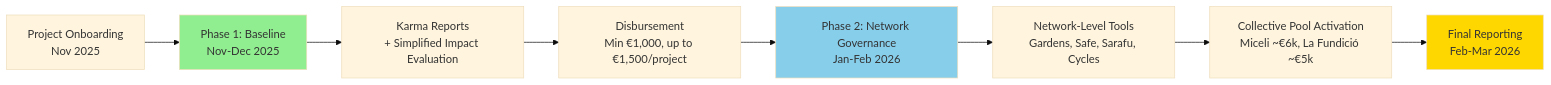
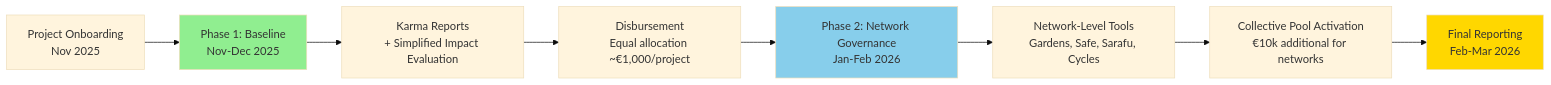
The second of 3 diagrams in content/program/timeline.md (refibcn/Regenerant-Catalunya), drawn with Mermaid (base theme) before and after one commit. The commit also changed other lines of this file and 9 other files, not shown here.

````diff
--- a/content/program/timeline.md
+++ b/content/program/timeline.md
@@ -253,14 +262,14 @@
 ```mermaid
 graph LR
     A[Project Onboarding<br/>Nov 2025] --> B[Phase 1: Baseline<br/>Nov-Dec 2025]
     B --> C[Karma Reports<br/>+ Simplified Impact Evaluation]
-    C --> D[Disbursement<br/>Min €1,000, up to €1,500/project]
+    C --> D[Disbursement<br/>Equal allocation ~€1,000/project]
     D --> E[Phase 2: Network Governance<br/>Jan-Feb 2026]
     E --> F[Network-Level Tools<br/>Gardens, Safe, Sarafu, Cycles]
-    F --> G[Collective Pool Activation<br/>Miceli ~€6k, La Fundició ~€5k]
+    F --> G[Collective Pool Activation<br/>€10k additional for networks]
     G --> H[Final Reporting<br/>Feb-Mar 2026]
 
     style B fill:#90EE90
     style E fill:#87CEEB
     style H fill:#FFD700
 ```
````
